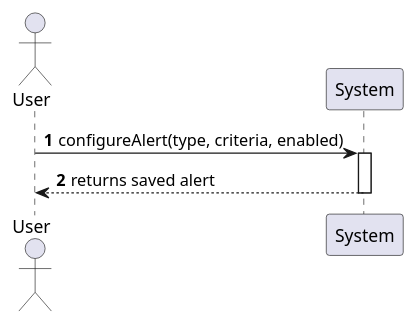
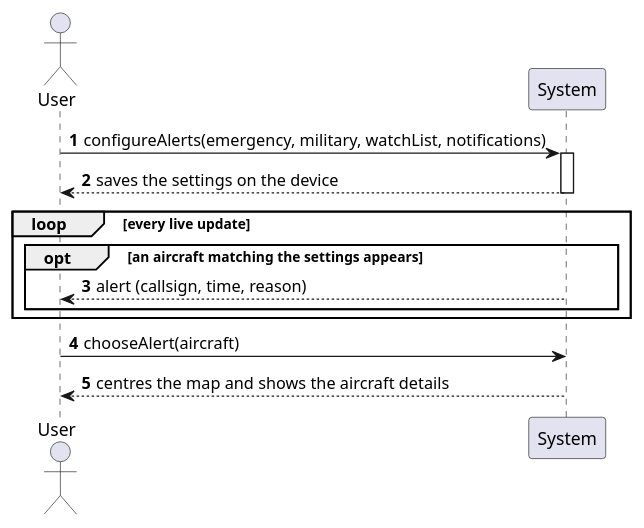
One commit to miguelsiilva1/SkyTracer changed the diagram in docs/system-documentation/use-cases/US13/puml/ssd_us13.puml. Above: the diagram before and after it, drawn with PlantUML. The commit also changed 18 other files, not shown here.

First line of the commit message:
feat: alert on emergencies, military aircraft and a watch list

```diff
--- a/docs/system-documentation/use-cases/US13/puml/ssd_us13.puml
+++ b/docs/system-documentation/use-cases/US13/puml/ssd_us13.puml
@@ -1,10 +1,17 @@
 @startuml
 autonumber
 actor "User" as A
 participant "System" as S
 
-A -> S : configureAlert(type, criteria, enabled)
+A -> S : configureAlerts(emergency, military, watchList, notifications)
 activate S
-S --> A : returns saved alert
+S --> A : saves the settings on the device
 deactivate S
+loop every live update
+  opt an aircraft matching the settings appears
+    S --> A : alert (callsign, time, reason)
+  end
+end
+A -> S : chooseAlert(aircraft)
+S --> A : centres the map and shows the aircraft details
 @enduml
```
